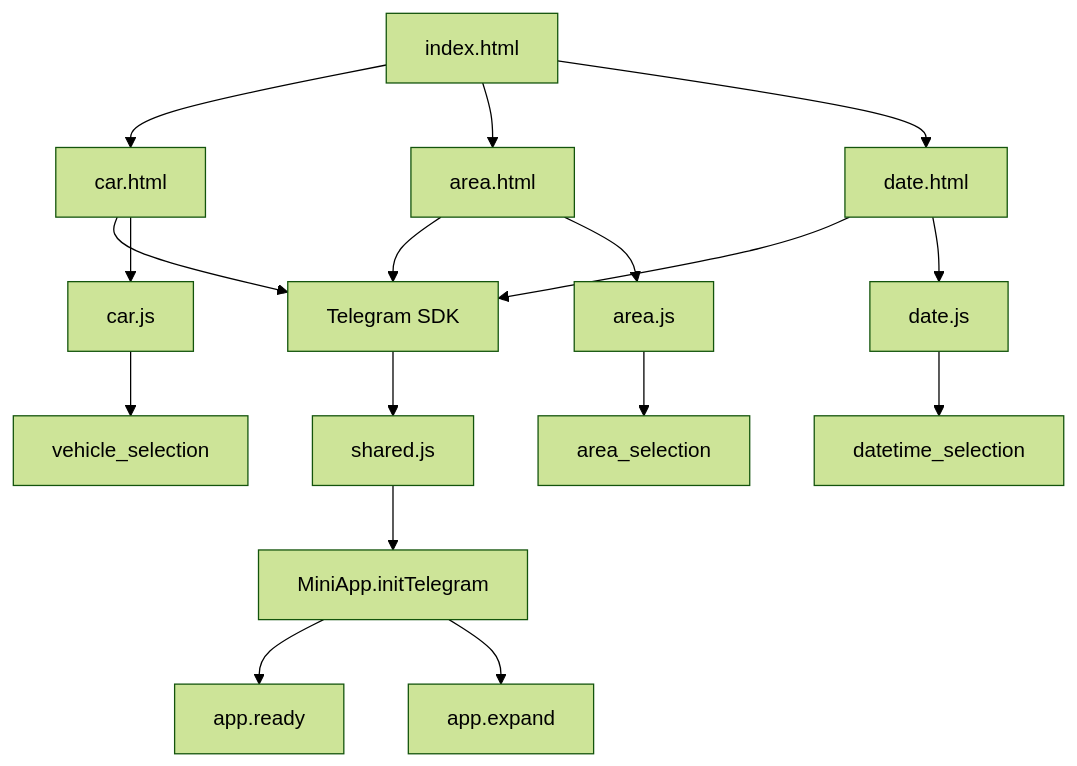
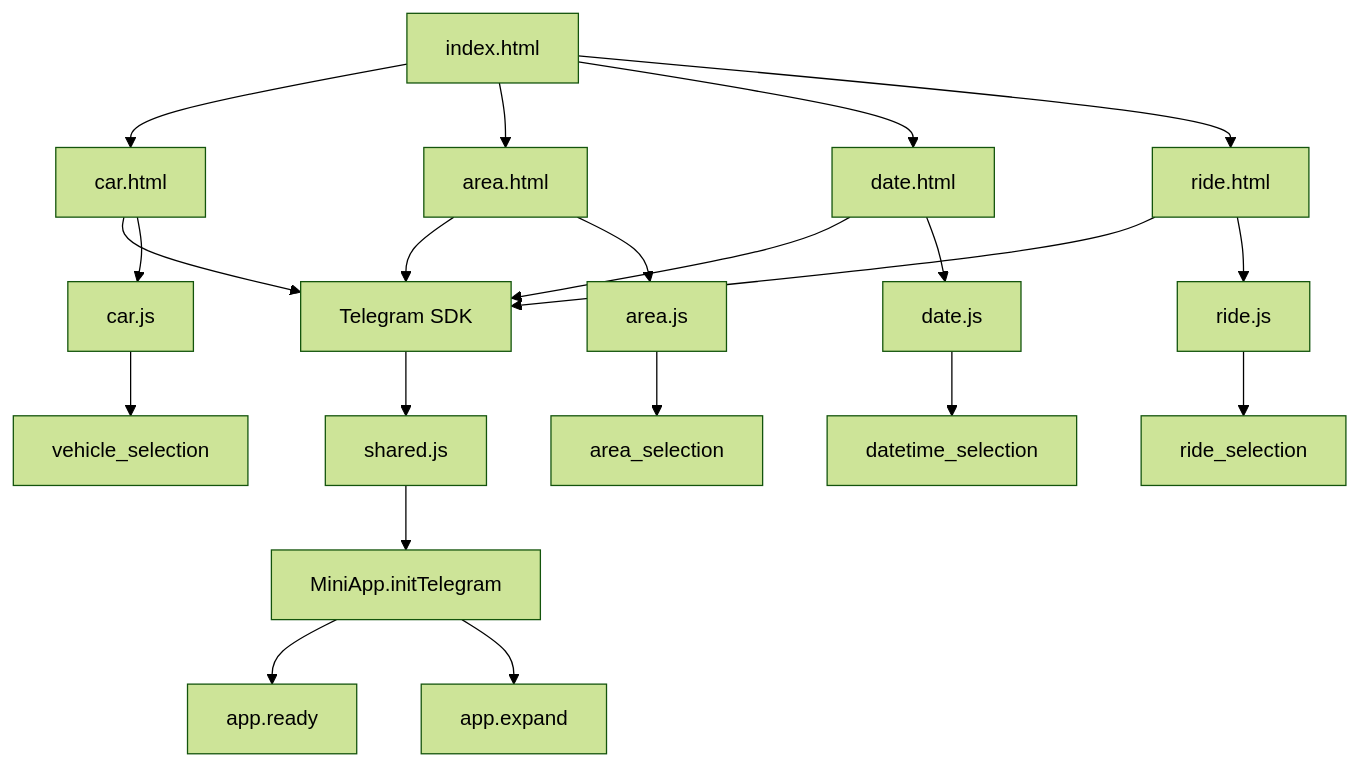
Before and after one commit to abdalrahmanmmalkhateeb/OnYourWay_AbdKh_Bot_MiniApp_Development: the diagram in docs/diagrams/01-mini-app-entry-flow.md, drawn with Mermaid (forest theme). The commit also changed other lines of this file and 14 other files, not shown here.

````diff
--- a/docs/diagrams/01-mini-app-entry-flow.md
+++ b/docs/diagrams/01-mini-app-entry-flow.md
@@ -7,19 +7,23 @@
 ```mermaid
 flowchart TD
   A["index.html"] --> B["car.html"]
   A --> C["area.html"]
   A --> D["date.html"]
+  A --> P["ride.html"]
   B --> E["Telegram SDK"]
   C --> E
   D --> E
+  P --> E
   E --> F["shared.js"]
   F --> G["MiniApp.initTelegram"]
   G --> H["app.ready"]
   G --> I["app.expand"]
   B --> J["car.js"]
   C --> K["area.js"]
   D --> L["date.js"]
+  P --> Q["ride.js"]
   J --> M["vehicle_selection"]
   K --> N["area_selection"]
   L --> O["datetime_selection"]
+  Q --> R["ride_selection"]
 ```
````
